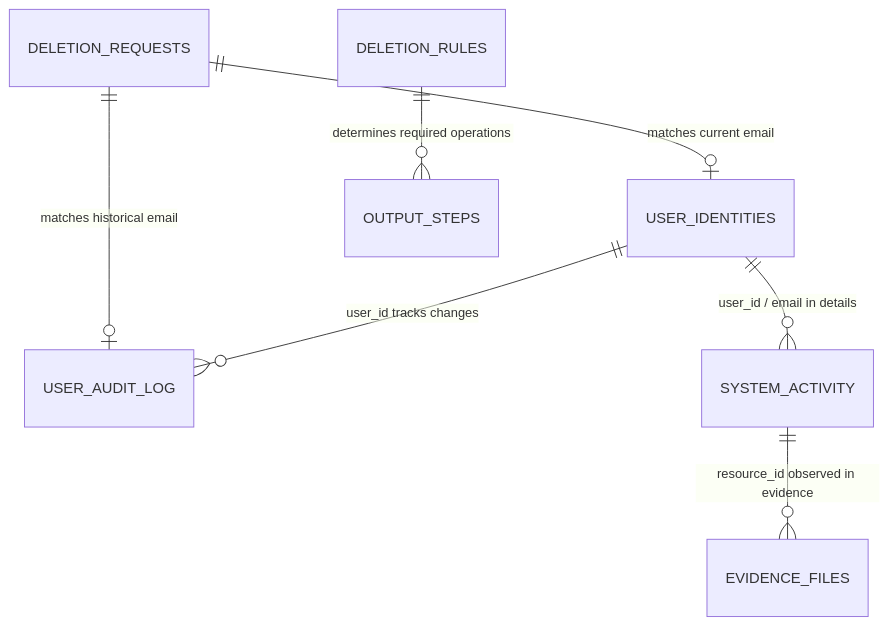
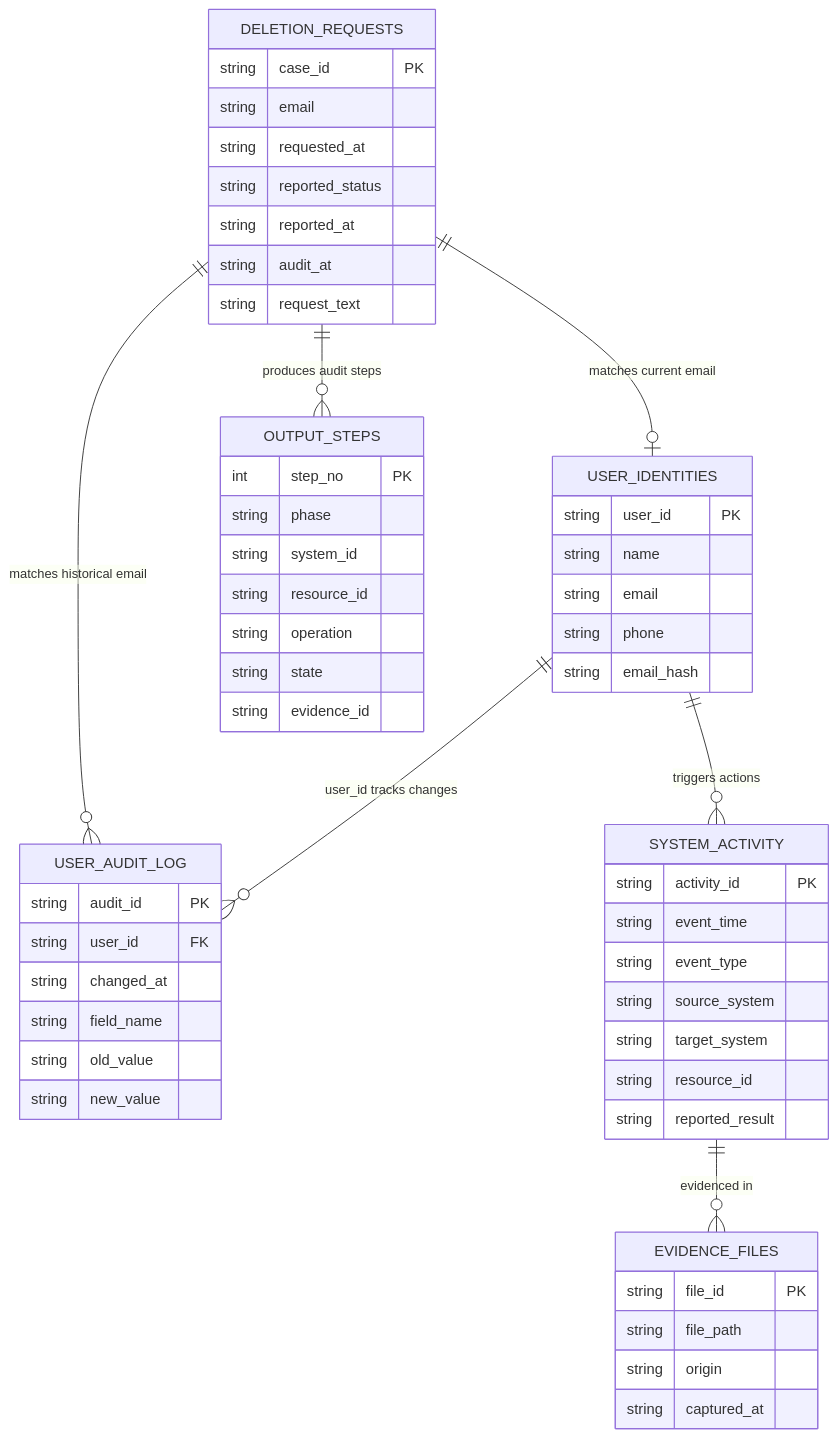
One commit to sgogoigh/hackerrank-orchestrate-oct-26 changed the diagram in docs/DATASET.md. Above: the diagram before and after it, drawn with Mermaid. The commit also changed other lines of this file and 2 other files, not shown here.

Commit message:
docs: fix Mermaid ER and flowchart syntax across markdown files and add practical know-hows 8-12 to METHODOLOGY_SUMMARY.md

````diff
--- a/docs/DATASET.md
+++ b/docs/DATASET.md
@@ -131,9 +131,58 @@
 ```mermaid
 erDiagram
+    DELETION_REQUESTS {
+        string case_id PK
+        string email
+        string requested_at
+        string reported_status
+        string reported_at
+        string audit_at
+        string request_text
+    }
+    USER_IDENTITIES {
+        string user_id PK
+        string name
+        string email
+        string phone
+        string email_hash
+    }
+    USER_AUDIT_LOG {
+        string audit_id PK
+        string user_id FK
+        string changed_at
+        string field_name
+        string old_value
+        string new_value
+    }
+    SYSTEM_ACTIVITY {
+        string activity_id PK
+        string event_time
+        string event_type
+        string source_system
+        string target_system
+        string resource_id
+        string reported_result
+    }
+    EVIDENCE_FILES {
+        string file_id PK
+        string file_path
+        string origin
+        string captured_at
+    }
+    OUTPUT_STEPS {
+        int step_no PK
+        string phase
+        string system_id
+        string resource_id
+        string operation
+        string state
+        string evidence_id
+    }
+
     DELETION_REQUESTS ||--o| USER_IDENTITIES : "matches current email"
-    DELETION_REQUESTS ||--o| USER_AUDIT_LOG : "matches historical email"
+    DELETION_REQUESTS ||--o{ USER_AUDIT_LOG : "matches historical email"
     USER_IDENTITIES ||--o{ USER_AUDIT_LOG : "user_id tracks changes"
-    USER_IDENTITIES ||--o{ SYSTEM_ACTIVITY : "user_id / email in details"
-    SYSTEM_ACTIVITY ||--o{ EVIDENCE_FILES : "resource_id observed in evidence"
-    DELETION_RULES ||--o{ OUTPUT_STEPS : "determines required operations"
+    USER_IDENTITIES ||--o{ SYSTEM_ACTIVITY : "triggers actions"
+    SYSTEM_ACTIVITY ||--o{ EVIDENCE_FILES : "evidenced in"
+    DELETION_REQUESTS ||--o{ OUTPUT_STEPS : "produces audit steps"
 ```
````
